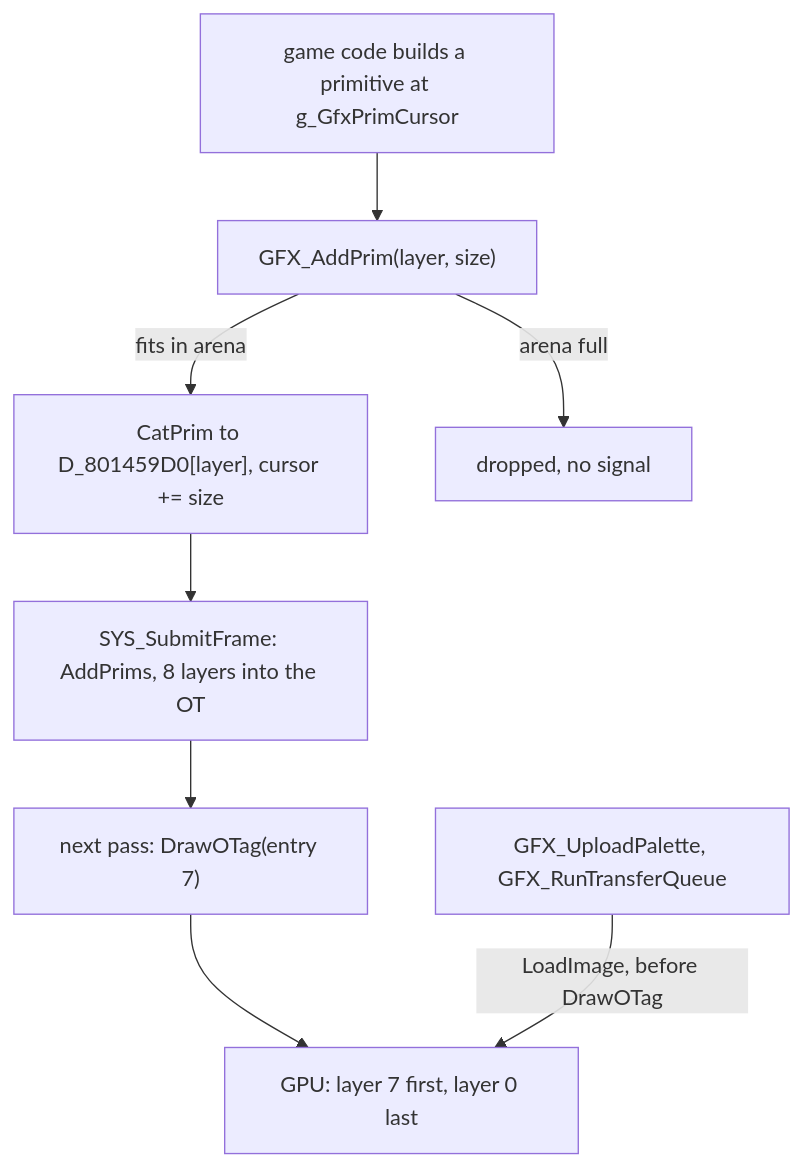
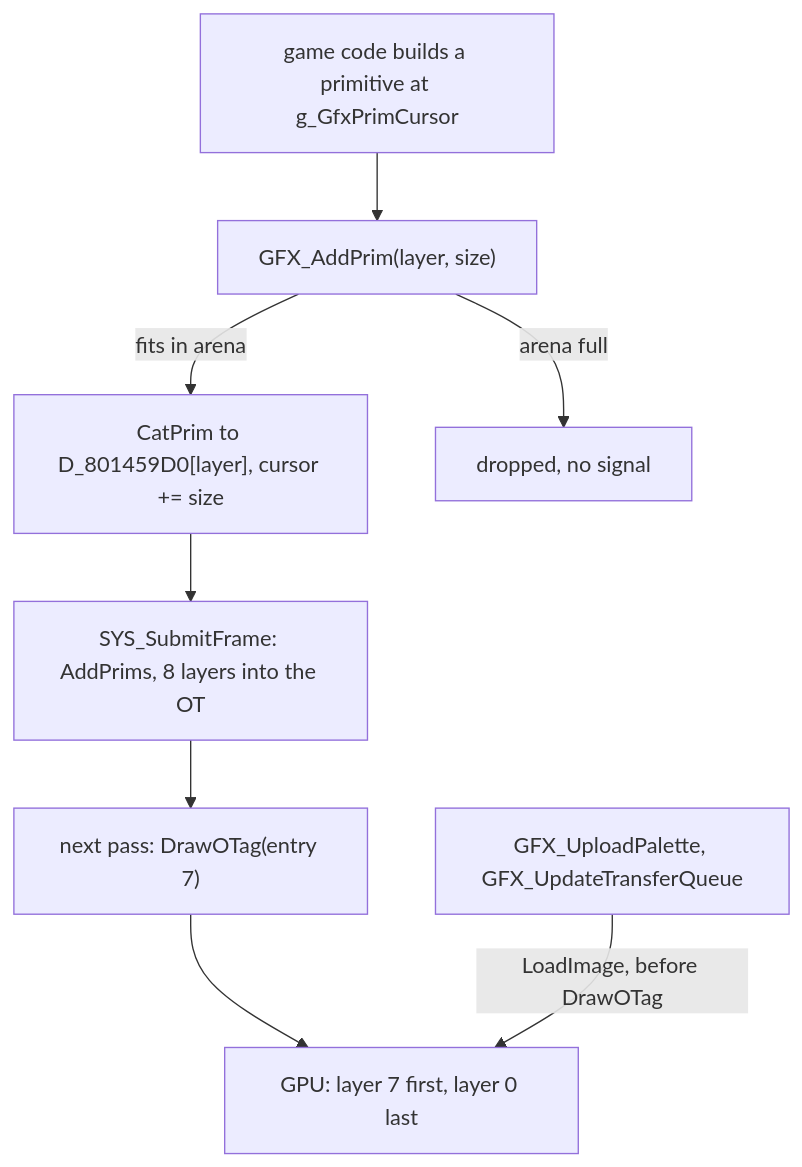
The first of 2 diagrams in src/content/docs/systems/rendering.md (raulcorreia7/bof3-wiki), drawn with Mermaid before and after one commit. The commit also changed other lines of this file and 29 other files, not shown here.

````diff
--- a/src/content/docs/systems/rendering.md
+++ b/src/content/docs/systems/rendering.md
@@ -27,10 +27,10 @@
 ```mermaid
 flowchart TD
     A["game code builds a primitive at g_GfxPrimCursor"] --> B["GFX_AddPrim(layer, size)"]
     B -->|"fits in arena"| C["CatPrim to D_801459D0[layer], cursor += size"]
     B -->|"arena full"| D["dropped, no signal"]
     C --> E["SYS_SubmitFrame: AddPrims, 8 layers into the OT"]
     E --> F["next pass: DrawOTag(entry 7)"]
     F --> G["GPU: layer 7 first, layer 0 last"]
-    H["GFX_UploadPalette, GFX_RunTransferQueue"] -->|"LoadImage, before DrawOTag"| G
+    H["GFX_UploadPalette, GFX_UpdateTransferQueue"] -->|"LoadImage, before DrawOTag"| G
 ```
````
